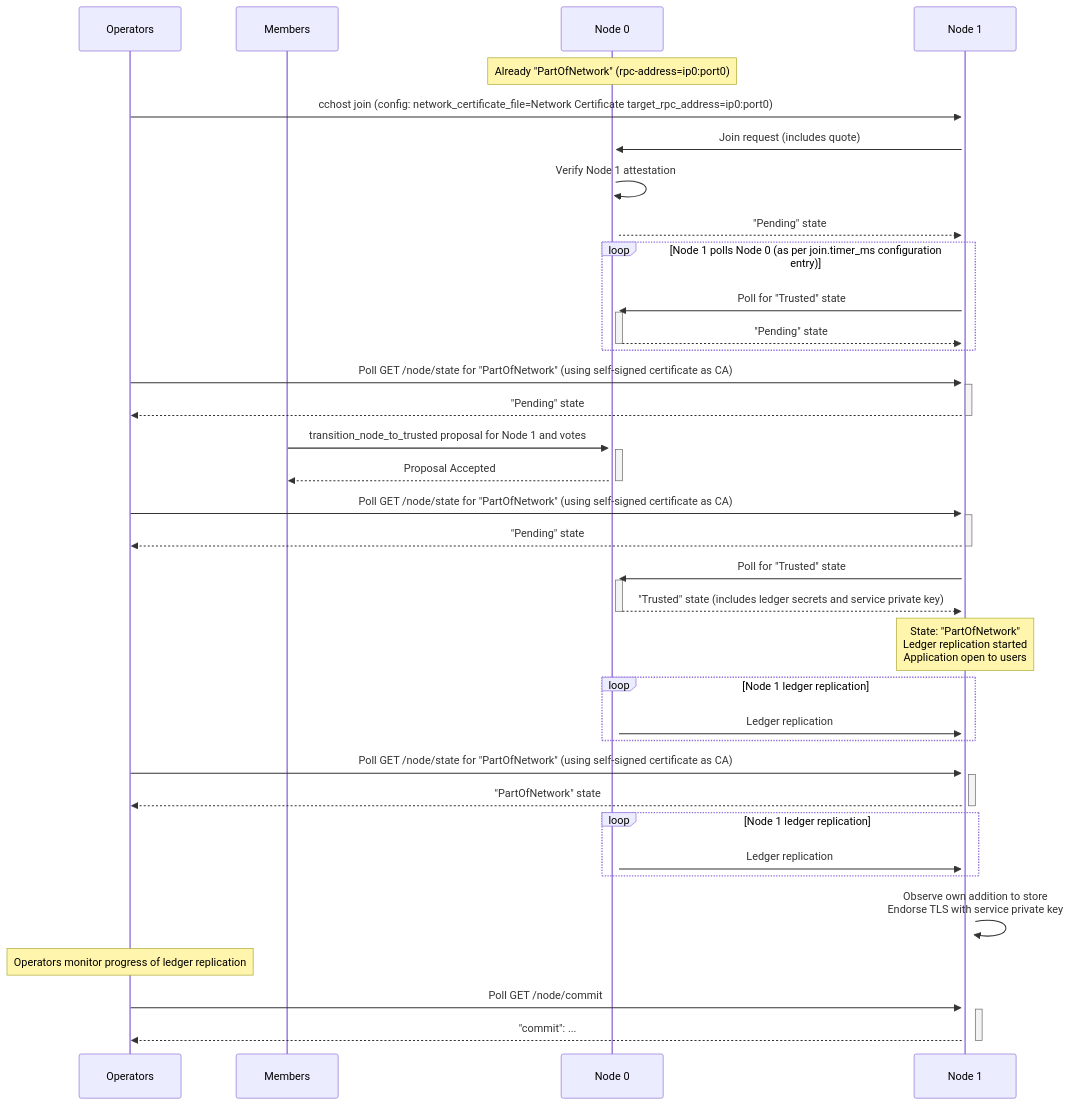
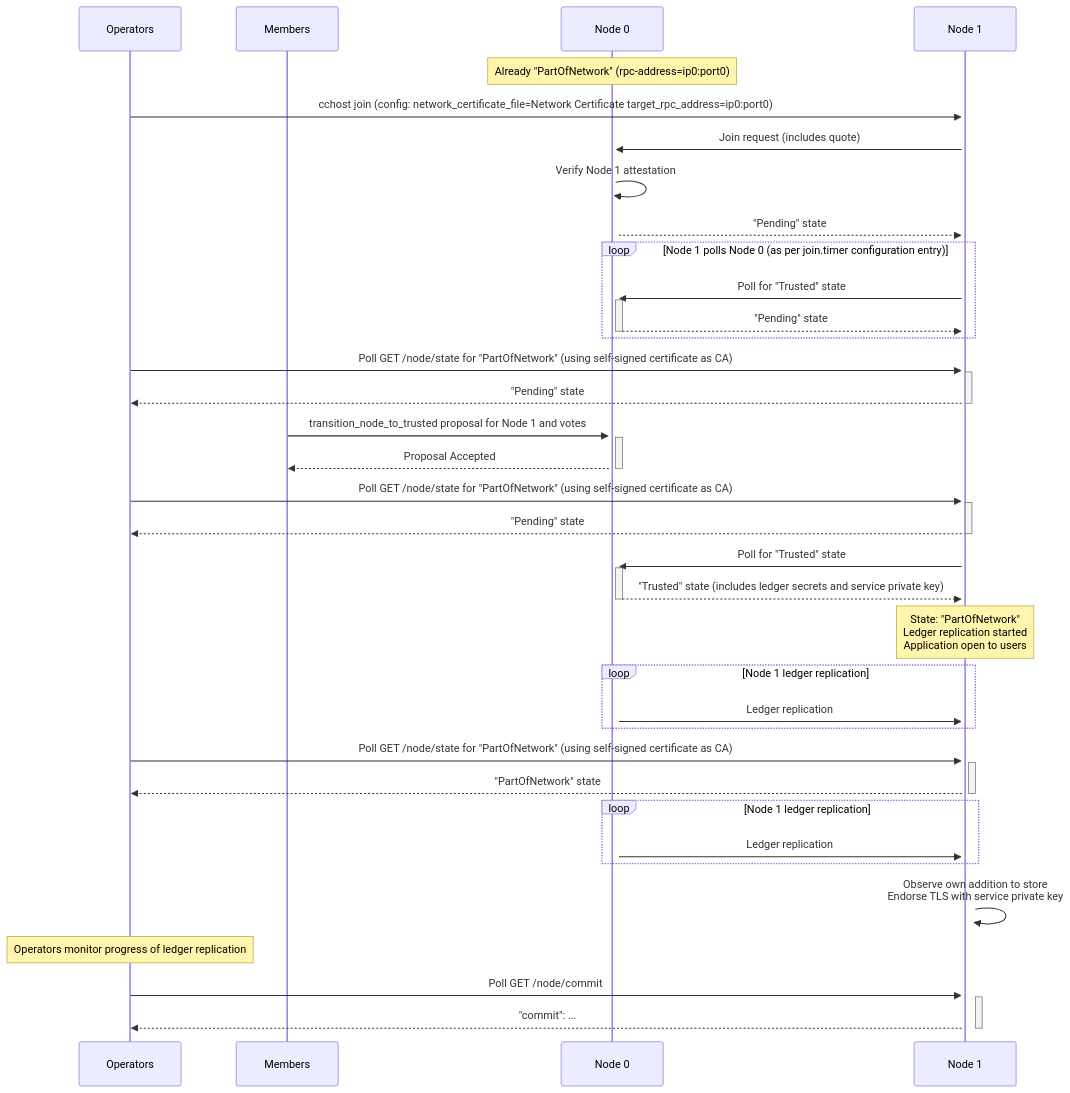
The third of 3 diagrams in doc/operations/start_network.rst (microsoft/CCF), drawn with Mermaid before and after one commit. The commit also changed other lines of this file and 6 other files, not shown here.

```diff
--- a/doc/operations/start_network.rst
+++ b/doc/operations/start_network.rst
@@ -71,51 +71,51 @@
 .. mermaid::
 
     sequenceDiagram
         participant Operators
         participant Members
         participant Node 0
         participant Node 1
 
         Note over Node 0: Already "PartOfNetwork" (rpc-address=ip0:port0)
 
         Operators->>+Node 1: cchost join (config: network_certificate_file=Network Certificate target_rpc_address=ip0:port0)
 
         Node 1->>+Node 0: Join request (includes quote)
         Node 0->>+Node 0: Verify Node 1 attestation
         Node 0-->>Node 1: "Pending" state
 
-        loop Node 1 polls Node 0 (as per join.timer_ms configuration entry)
+        loop Node 1 polls Node 0 (as per join.timer configuration entry)
             Node 1->>+Node 0: Poll for "Trusted" state
             Node 0-->>-Node 1: "Pending" state
         end
 
         Operators->>+Node 1: Poll GET /node/state for "PartOfNetwork" (using self-signed certificate as CA)
         Node 1-->>-Operators: "Pending" state
 
         Members->>+Node 0: transition_node_to_trusted proposal for Node 1 and votes
         Node 0-->>-Members: Proposal Accepted
 
         Operators->>+Node 1: Poll GET /node/state for "PartOfNetwork" (using self-signed certificate as CA)
         Node 1-->>-Operators: "Pending" state
 
         Node 1->>+Node 0: Poll for "Trusted" state
         Node 0-->>-Node 1: "Trusted" state (includes ledger secrets and service private key)
 
         Note over Node 1: State: "PartOfNetwork" <br/> Ledger replication started <br/> Application open to users
 
         loop Node 1 ledger replication
             Node 0->>+Node 1: Ledger replication
         end
 
         Operators->>+Node 1: Poll GET /node/state for "PartOfNetwork" (using self-signed certificate as CA)
         Node 1-->>-Operators: "PartOfNetwork" state
 
         loop Node 1 ledger replication
             Node 0->>+Node 1: Ledger replication
         end
 
         Node 1->>+Node 1: Observe own addition to store <br> Endorse TLS with service private key
 
         Note over Operators: Operators monitor progress of ledger replication
         Operators->>+Node 1: Poll GET /node/commit
         Node 1-->>-Operators: "commit": ...
```
